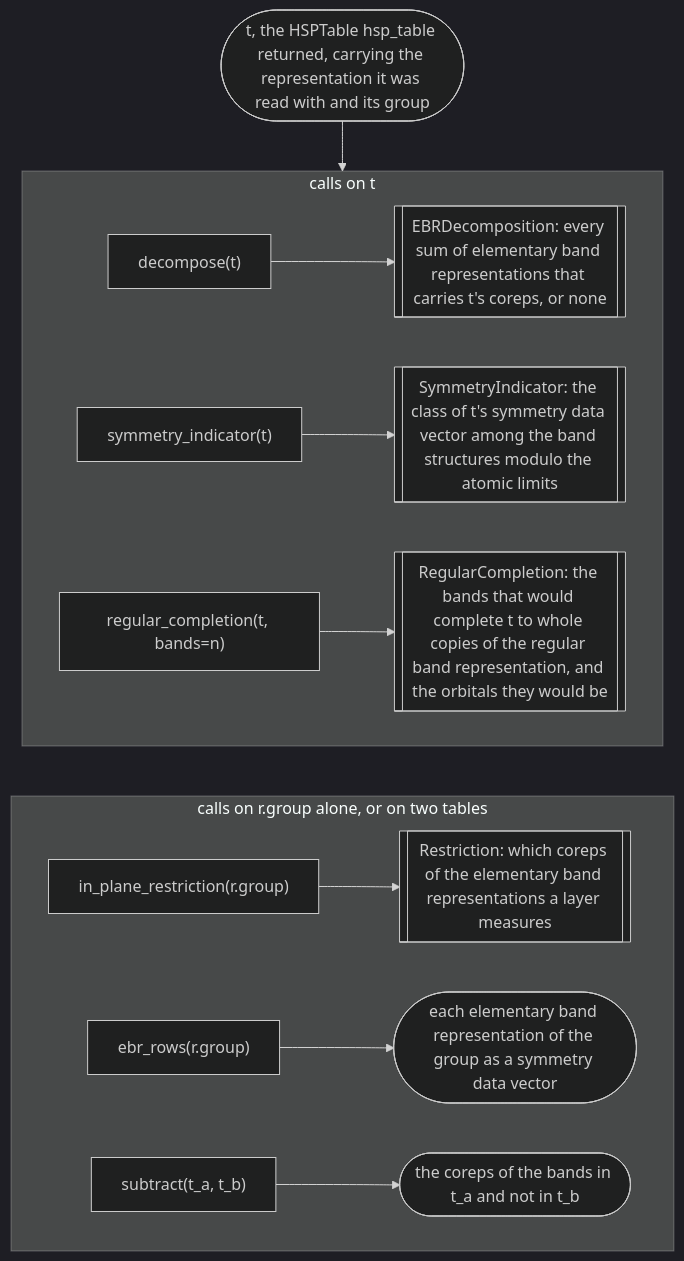
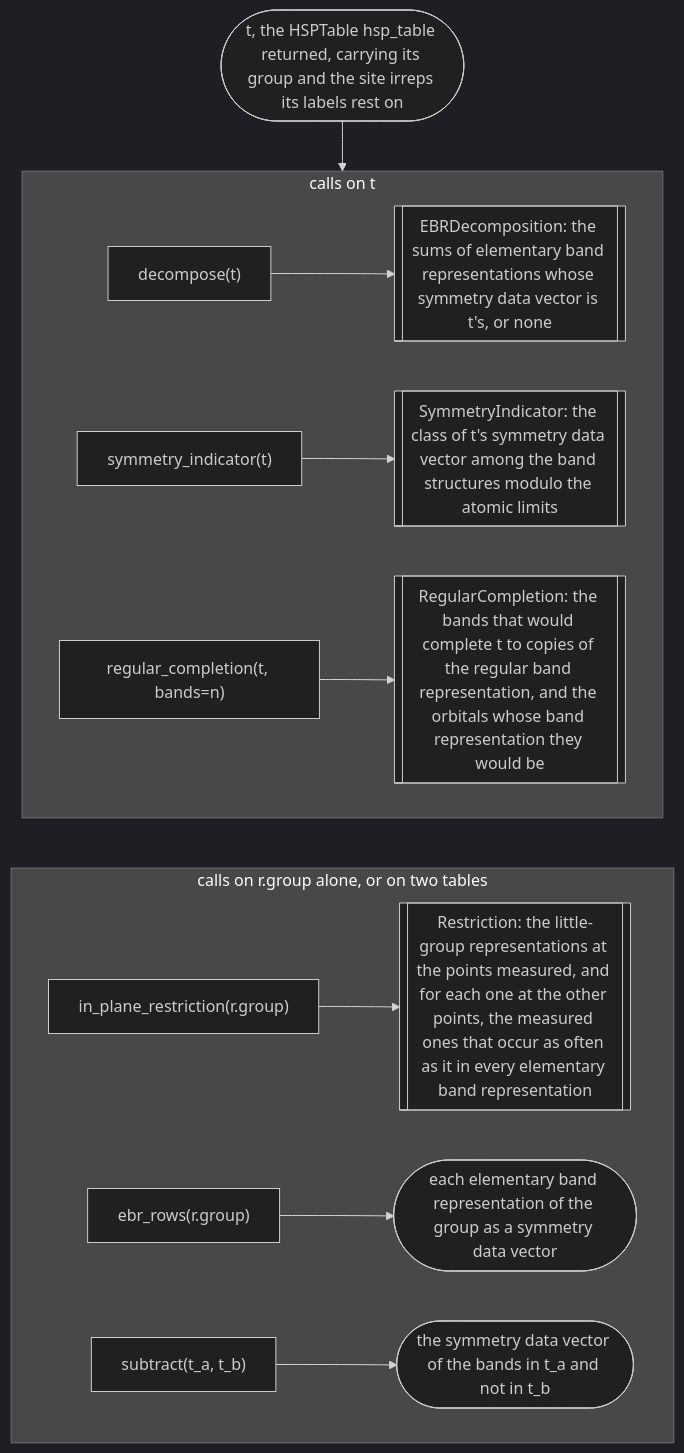
Before and after one commit to bbradlyn/pythtqc: the seventh of 8 diagrams in docs/background/modules.md, drawn with Mermaid (dark theme). The commit also changed other lines of this file and 7 other files, not shown here.

````diff
--- a/docs/background/modules.md
+++ b/docs/background/modules.md
@@ -225,21 +247,21 @@
 ```mermaid
 flowchart TD
-    e_t(["t, the HSPTable hsp_table returned, carrying the representation it was read with and its group"])
+    e_t(["t, the HSPTable hsp_table returned, carrying its group and the site irreps its labels rest on"])
 
     e_t --> e_calls
     e_calls ~~~ e_other
 
     subgraph e_calls ["calls on t"]
         direction LR
-        e_dec["decompose(t)"] --> e_D[["EBRDecomposition: every sum of elementary band representations that carries t's coreps, or none"]]
+        e_dec["decompose(t)"] --> e_D[["EBRDecomposition: the sums of elementary band representations whose symmetry data vector is t's, or none"]]
         e_si["symmetry_indicator(t)"] --> e_SI[["SymmetryIndicator: the class of t's symmetry data vector among the band structures modulo the atomic limits"]]
-        e_rc["regular_completion(t, bands=n)"] --> e_RC[["RegularCompletion: the bands that would complete t to whole copies of the regular band representation, and the orbitals they would be"]]
+        e_rc["regular_completion(t, bands=n)"] --> e_RC[["RegularCompletion: the bands that would complete t to copies of the regular band representation, and the orbitals whose band representation they would be"]]
     end
 
     subgraph e_other ["calls on r.group alone, or on two tables"]
         direction LR
-        e_ipr["in_plane_restriction(r.group)"] --> e_R[["Restriction: which coreps of the elementary band representations a layer measures"]]
+        e_ipr["in_plane_restriction(r.group)"] --> e_R[["Restriction: the little-group representations at the points measured, and for each one at the other points, the measured ones that occur as often as it in every elementary band representation"]]
         e_rows["ebr_rows(r.group)"] --> e_rows_out(["each elementary band representation of the group as a symmetry data vector"])
-        e_sub["subtract(t_a, t_b)"] --> e_sub_out(["the coreps of the bands in t_a and not in t_b"])
+        e_sub["subtract(t_a, t_b)"] --> e_sub_out(["the symmetry data vector of the bands in t_a and not in t_b"])
     end
 ```
````
